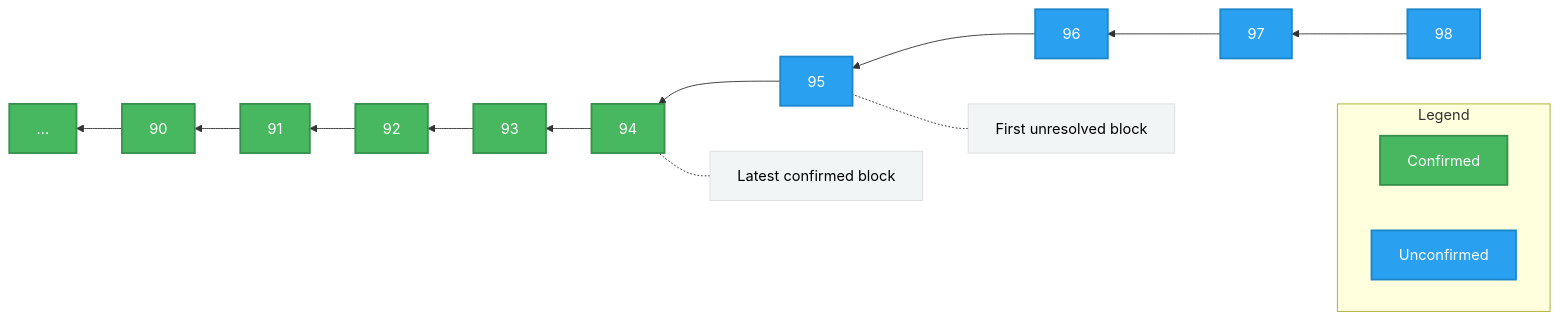
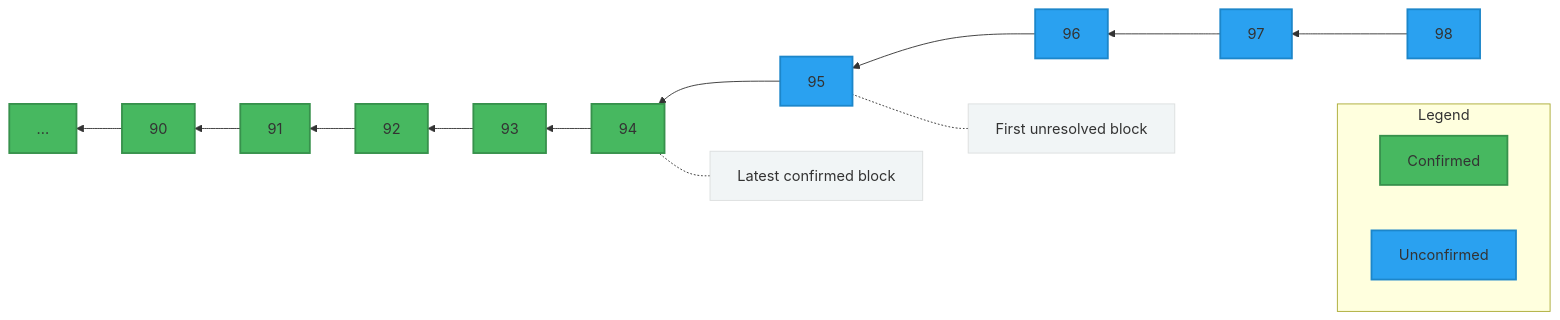
One commit to soos3d/arbitrum-docs changed the second of 3 diagrams in docs/pages/inside-arbitrum-nitro/inside-arbitrum-nitro.mdx. Above: the diagram before and after it, drawn with Mermaid. The commit also changed other lines of this file and 103 other files, not shown here.

````diff
--- a/docs/pages/inside-arbitrum-nitro/inside-arbitrum-nitro.mdx
+++ b/docs/pages/inside-arbitrum-nitro/inside-arbitrum-nitro.mdx
@@ -247,29 +247,29 @@
 ```mermaid
 graph RL
   f["First unresolved block"]
   l["Latest confirmed block"]
 
   98-->97-->96-->95
   f-.-95
 
   95-->94
   l-.-94
 
   94-->93-->92-->91-->90-->x[...]
 
   subgraph Legend
     direction RL
     Confirmed
     Unconfirmed
   end
 
-  classDef confirmed fill:#47b860,stroke:#37914c,stroke-width:2px,color:#fff
+  classDef confirmed fill:#47b860,stroke:#37914c,stroke-width:2px,color#fff
   class 94,93,92,91,90,x,Confirmed confirmed
 
 
-  classDef unconfirmed fill:#2aa1f0,stroke:#1c86ca,stroke-width:2px,color:#fff
+  classDef unconfirmed fill:#2aa1f0,stroke:#1c86ca,stroke-width:2px,color#fff
   class 98,97,96,95,Unconfirmed unconfirmed
 
-  classDef note fill:#F1F5F6,stroke:#dbdede,stroke-width:1px,color:#000
+  classDef note fill:#F1F5F6,stroke:#dbdede,stroke-width:1px,color#000
   class l,f note
 ```
````
